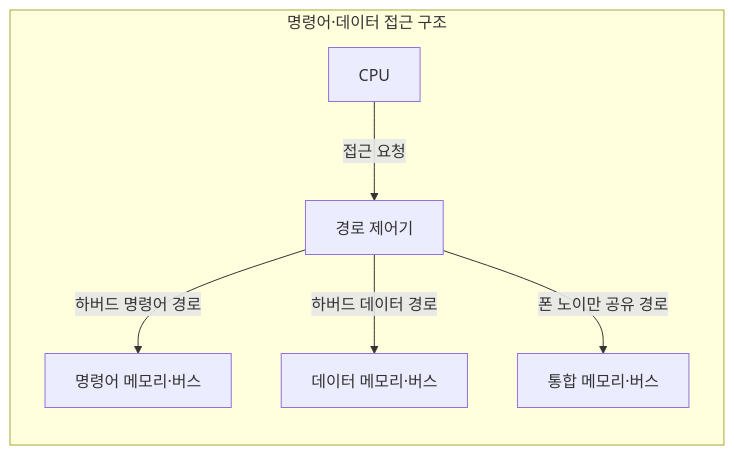
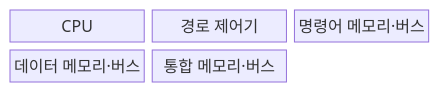
One commit to agnusdei1207/knowledge-base changed the first of 2 diagrams in src/content/docs/notes/02-hardware/001_von_neumann_vs_harvard.md. Above: the diagram before and after it, drawn with Mermaid. The commit also changed other lines of this file and 20 other files, not shown here.

````diff
--- a/src/content/docs/notes/02-hardware/001_von_neumann_vs_harvard.md
+++ b/src/content/docs/notes/02-hardware/001_von_neumann_vs_harvard.md
@@ -62,15 +60,10 @@
 ```mermaid
-flowchart TB
-    subgraph A["명령어·데이터 접근 구조"]
-        direction TB
-        C["CPU"]
-        P["경로 제어기"]
-        I["명령어 메모리·버스"]
-        D["데이터 메모리·버스"]
-        M["통합 메모리·버스"]
-        C -->|접근 요청| P
-        P -->|하버드 명령어 경로| I
-        P -->|하버드 데이터 경로| D
-        P -->|폰 노이만 공유 경로| M
-    end
+block
+    columns 3
+    C["CPU"]
+    P["경로 제어기"]
+    I["명령어 메모리·버스"]
+    D["데이터 메모리·버스"]
+    M["통합 메모리·버스"]
+    space
 ```
````
